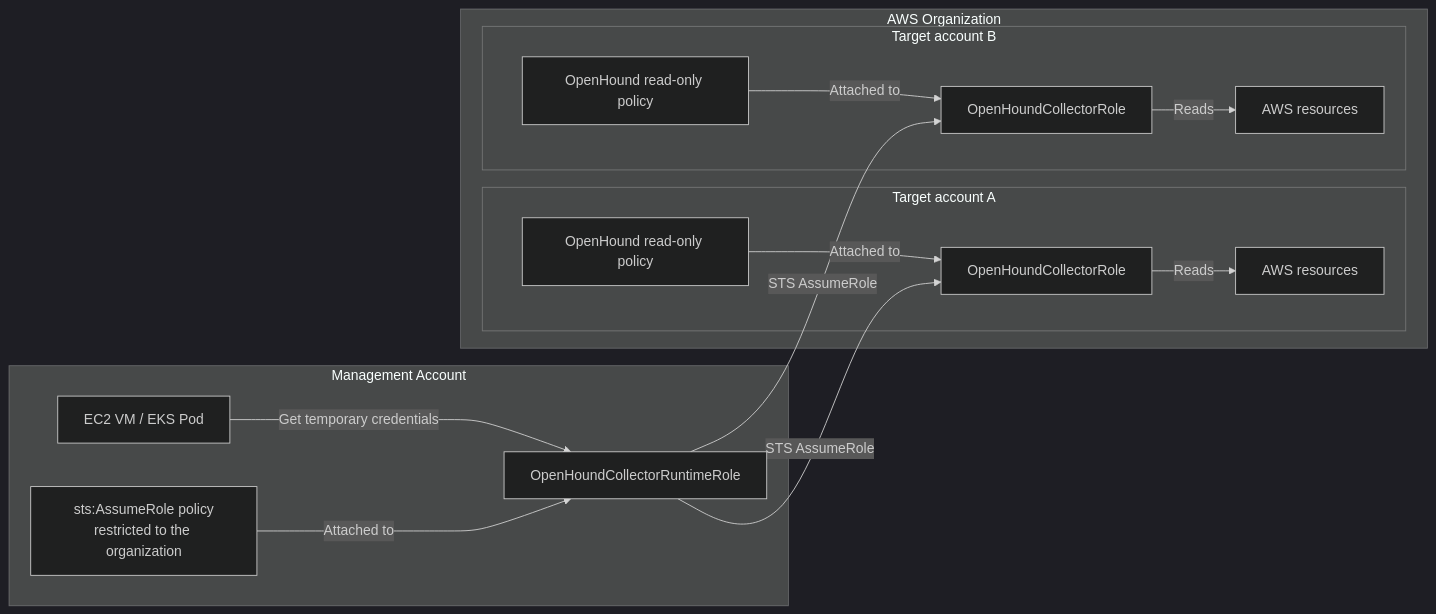
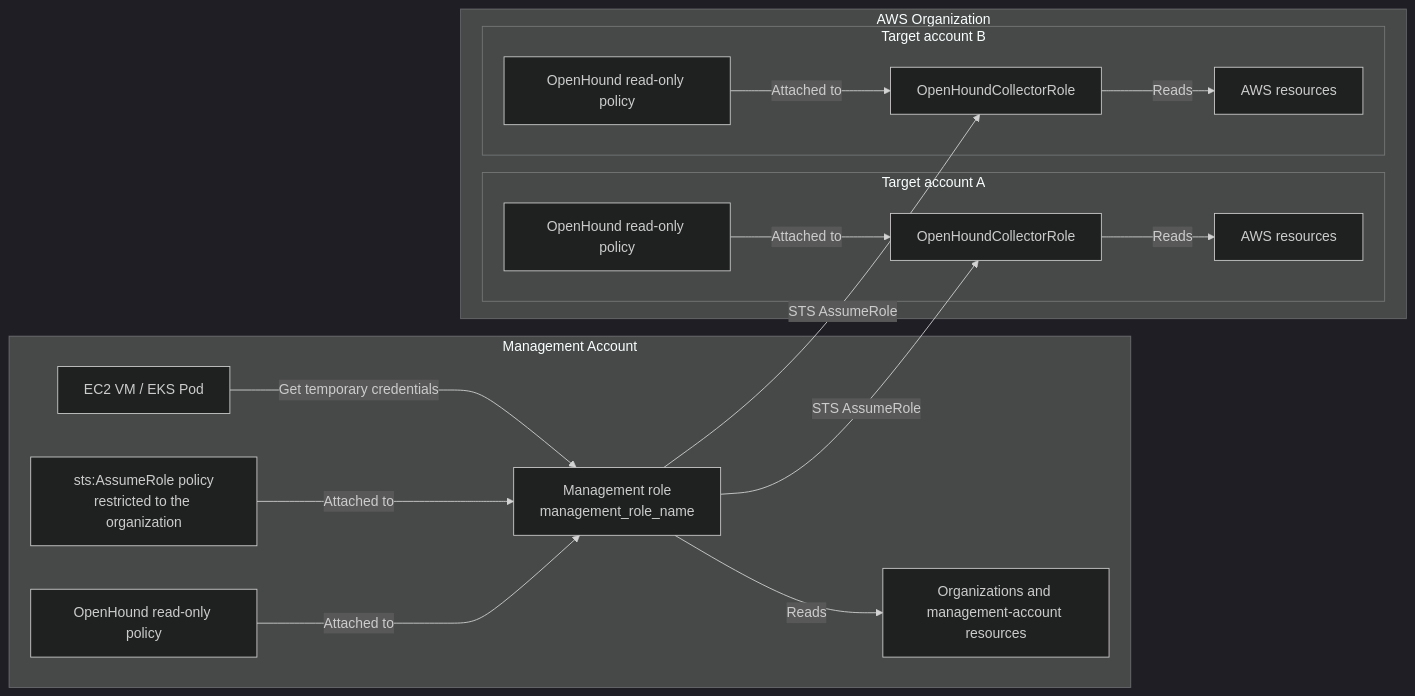
The fourth of 6 diagrams in docs/openhound/collectors/aws/configure-permissions.mdx (SpecterOps/bloodhound-docs), drawn with Mermaid (dark theme) before and after one commit. The commit also changed other lines of this file and 2 other files, not shown here.

Commit message:
docs: clarify AWS configuration and permission diagrams

````diff
--- a/docs/openhound/collectors/aws/configure-permissions.mdx
+++ b/docs/openhound/collectors/aws/configure-permissions.mdx
@@ -167,32 +171,36 @@
     ```mermaid
     flowchart LR
       subgraph SecurityAccount["Management Account"]
           Workload["EC2 VM / EKS Pod"]
-          RuntimeRole["OpenHoundCollectorRuntimeRole"]
+          RuntimeRole["Management role<br/>management_role_name"]
           AssumePolicy["sts:AssumeRole policy<br/>restricted to the organization"]
 
           Workload -->|"Get temporary credentials"| RuntimeRole
           AssumePolicy -->|"Attached to"| RuntimeRole
+          ReadPolicy["OpenHound read-only policy"]
+          ManagementResources["Organizations and management-account resources"]
+          ReadPolicy -->|"Attached to"| RuntimeRole
+          RuntimeRole -->|"Reads"| ManagementResources
       end
 
       subgraph Organization["AWS Organization"]
           subgraph AccountA["Target account A"]
               RoleA["OpenHoundCollectorRole"]
               PolicyA["OpenHound read-only policy"]
               ResourcesA["AWS resources"]
               PolicyA -->|"Attached to"| RoleA
               RoleA -->|"Reads"| ResourcesA
           end
 
           subgraph AccountB["Target account B"]
               RoleB["OpenHoundCollectorRole"]
               PolicyB["OpenHound read-only policy"]
               ResourcesB["AWS resources"]
               PolicyB -->|"Attached to"| RoleB
               RoleB -->|"Reads"| ResourcesB
           end
       end
 
       RuntimeRole -->|"STS AssumeRole"| RoleA
       RuntimeRole -->|"STS AssumeRole"| RoleB
     ```
````
